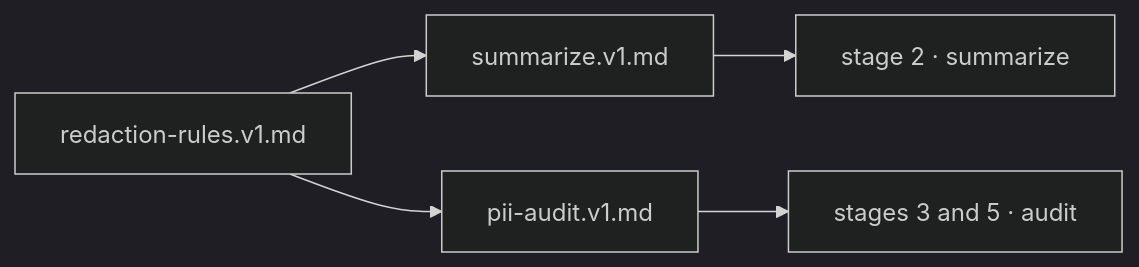
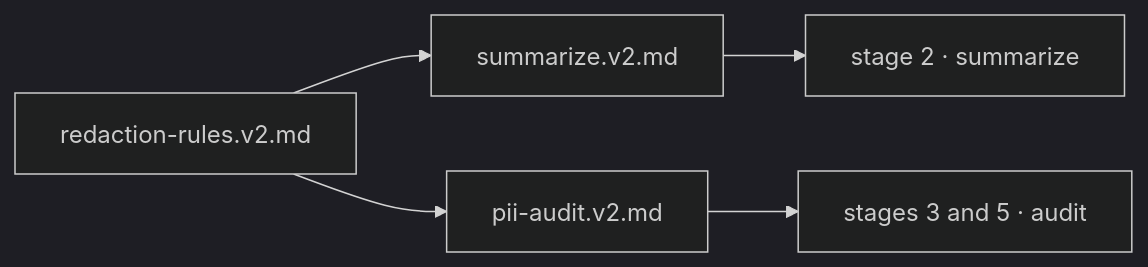
The diagram in prompts/README.md (HPAC-Safety/safety-report), drawn with Mermaid (dark theme) before and after one commit. The commit also changed other lines of this file and 37 other files, not shown here.

````diff
--- a/prompts/README.md
+++ b/prompts/README.md
@@ -28,7 +30,7 @@
 ```mermaid
 flowchart LR
-    rr["redaction-rules.v1.md"] --> s["summarize.v1.md"]
-    rr --> a["pii-audit.v1.md"]
+    rr["redaction-rules.v2.md"] --> s["summarize.v2.md"]
+    rr --> a["pii-audit.v2.md"]
     s --> call1["stage 2 · summarize"]
     a --> call2["stages 3 and 5 · audit"]
 ```
````
